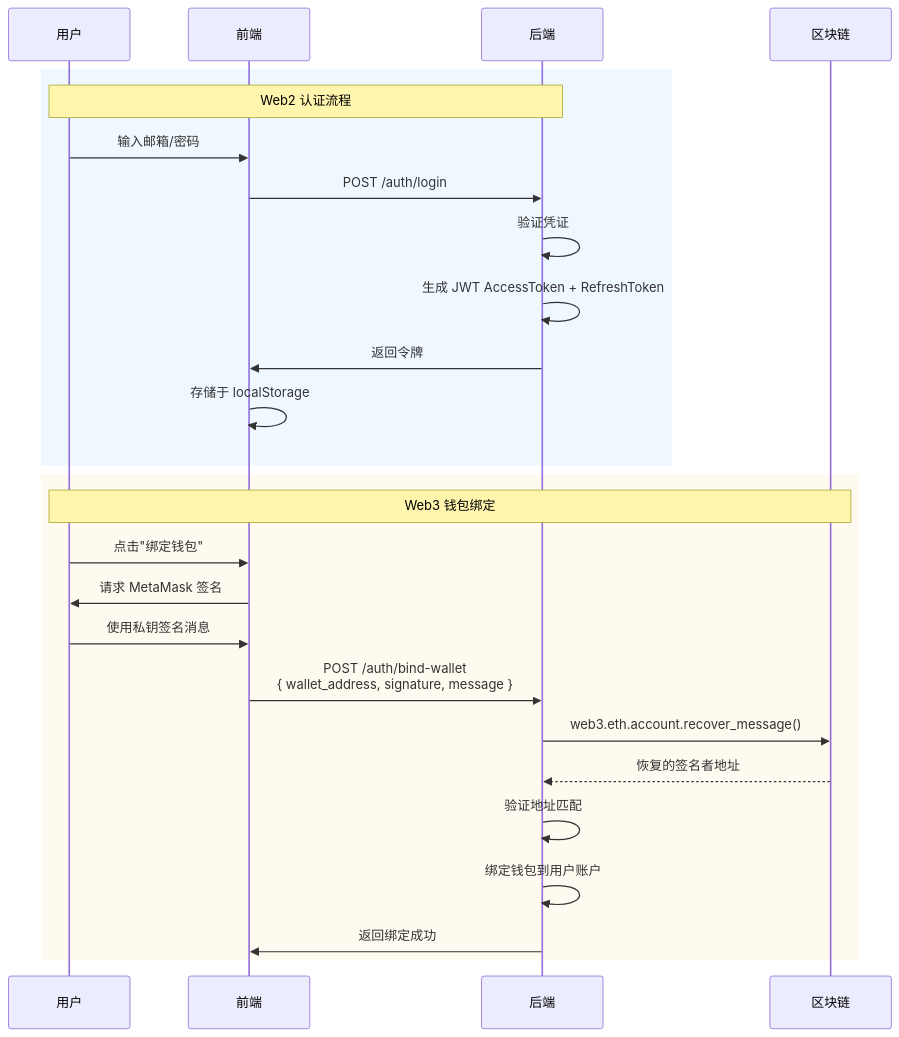
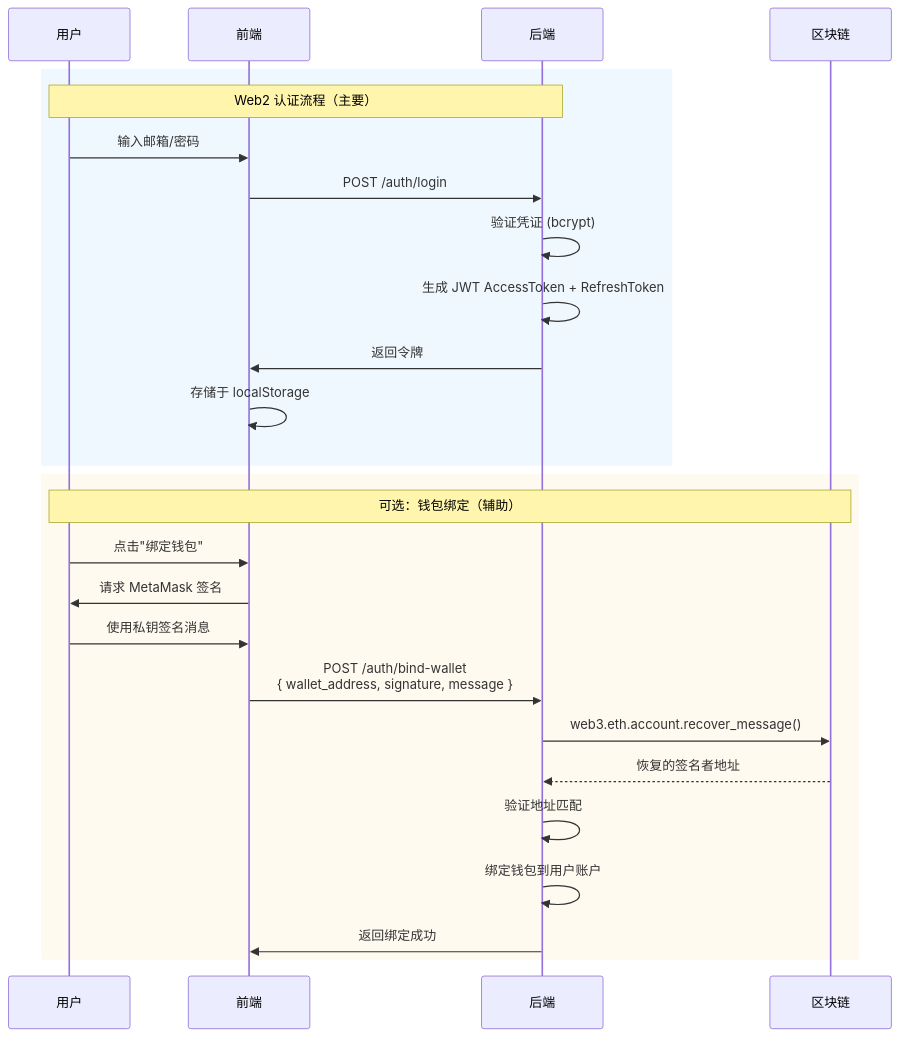
Before and after one commit to Daniele111222/web3.0_system: the fourth of 10 diagrams in docs/web2-web3-architecture.md, drawn with Mermaid. The commit also changed other lines of this file and 2 other files, not shown here.

````diff
--- a/docs/web2-web3-architecture.md
+++ b/docs/web2-web3-architecture.md
@@ -274,30 +265,30 @@
 ```mermaid
 sequenceDiagram
     participant U as 用户
     participant F as 前端
     participant B as 后端
     participant BC as 区块链
-    
+
     rect rgb(240, 248, 255)
-        Note over U,B: Web2 认证流程
+        Note over U,B: Web2 认证流程（主要）
         U->>F: 输入邮箱/密码
         F->>B: POST /auth/login
-        B->>B: 验证凭证
+        B->>B: 验证凭证 (bcrypt)
         B->>B: 生成 JWT AccessToken + RefreshToken
         B->>F: 返回令牌
         F->>F: 存储于 localStorage
     end
-    
+
     rect rgb(255, 250, 240)
-        Note over U,BC: Web3 钱包绑定
+        Note over U,BC: 可选：钱包绑定（辅助）
         U->>F: 点击"绑定钱包"
         F->>U: 请求 MetaMask 签名
         U->>F: 使用私钥签名消息
         F->>B: POST /auth/bind-wallet<br/>{ wallet_address, signature, message }
         B->>BC: web3.eth.account.recover_message()
         BC-->>B: 恢复的签名者地址
         B->>B: 验证地址匹配
         B->>B: 绑定钱包到用户账户
         B->>F: 返回绑定成功
     end
 ```
````
